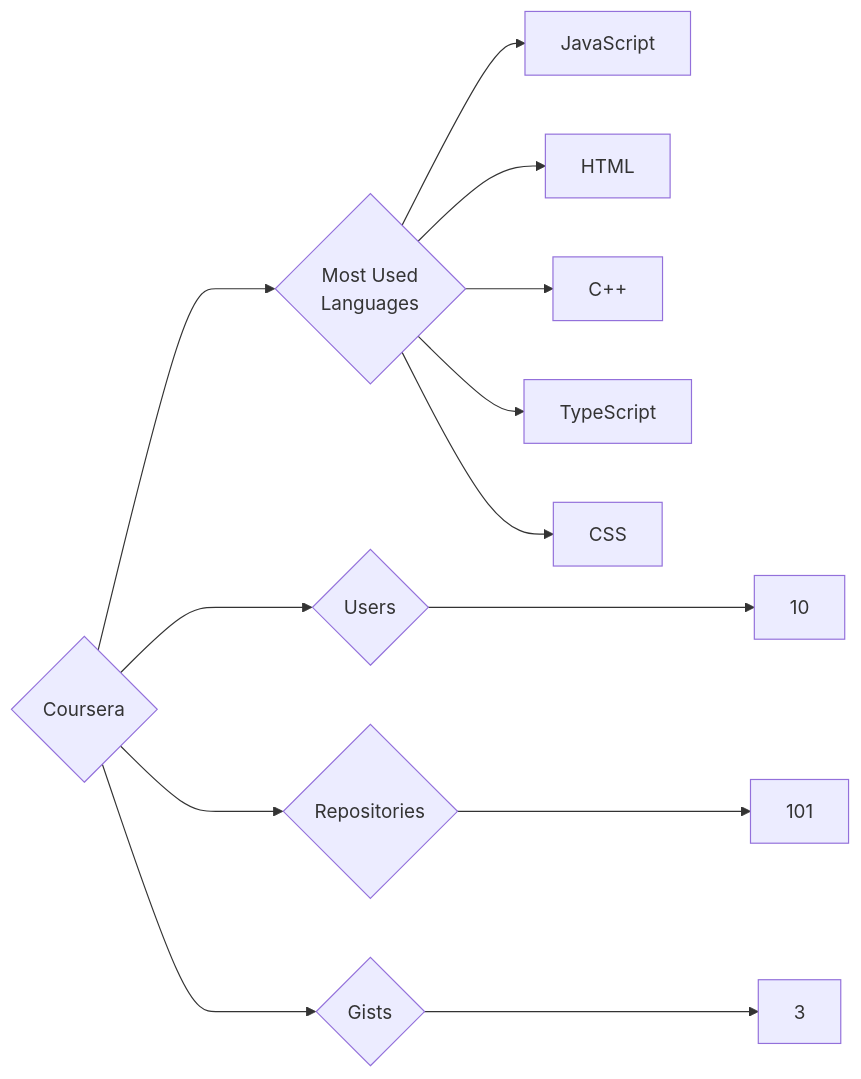
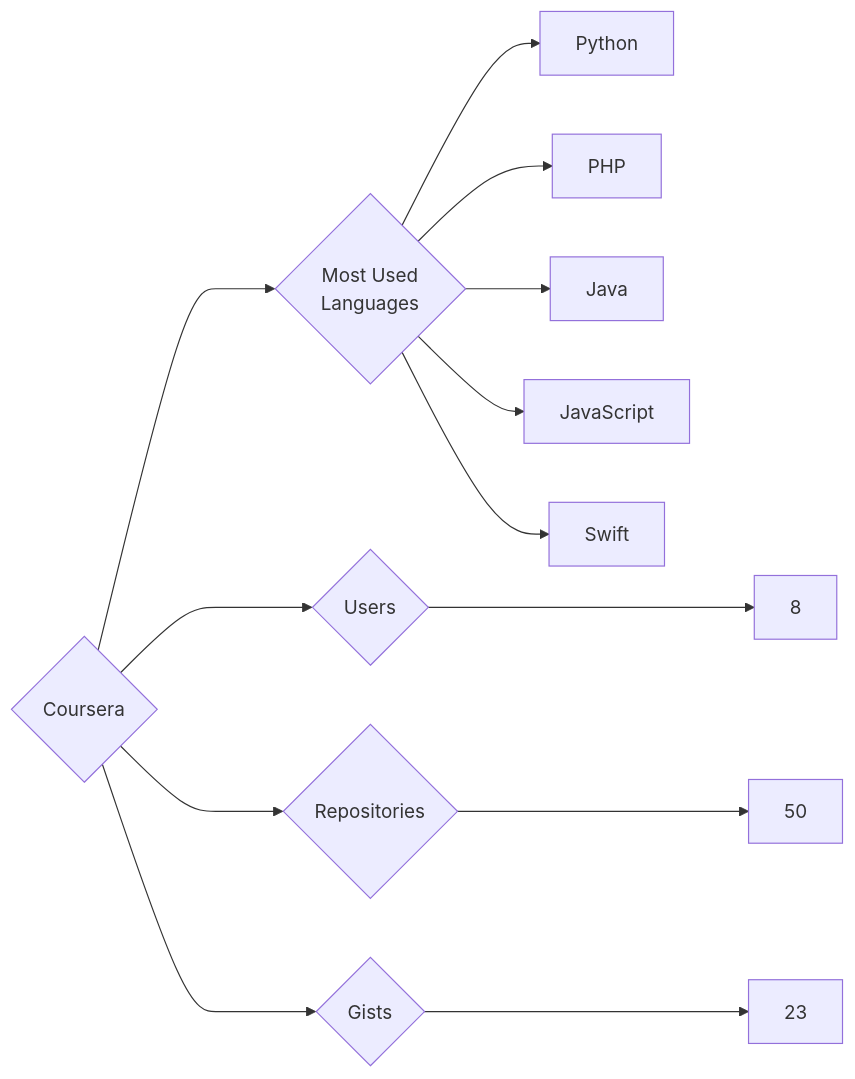
Before and after one commit to trickest/insiders: the diagram in targets/Coursera/README.md, drawn with Mermaid. The commit also changed 865 other files, not shown here.

````diff
--- a/targets/Coursera/README.md
+++ b/targets/Coursera/README.md
@@ -3,13 +3,13 @@
 ```mermaid
 graph LR
 COMPANY_NAME{Coursera}
-COMPANY_NAME ---> U{Users} ---> UN[10]
-COMPANY_NAME ---> R{Repositories} ---> RN[101]
-COMPANY_NAME ---> G{Gists} ---> GN[3]
+COMPANY_NAME ---> U{Users} ---> UN[8]
+COMPANY_NAME ---> R{Repositories} ---> RN[50]
+COMPANY_NAME ---> G{Gists} ---> GN[23]
 COMPANY_NAME ---> ML{Most Used<br>Languages}
+ML --> Python[Python]
+ML --> PHP[PHP]
+ML --> Java[Java]
 ML --> JavaScript[JavaScript]
-ML --> HTML[HTML]
-ML --> C++[C++]
-ML --> TypeScript[TypeScript]
-ML --> CSS[CSS]
+ML --> Swift[Swift]
 ```
````
